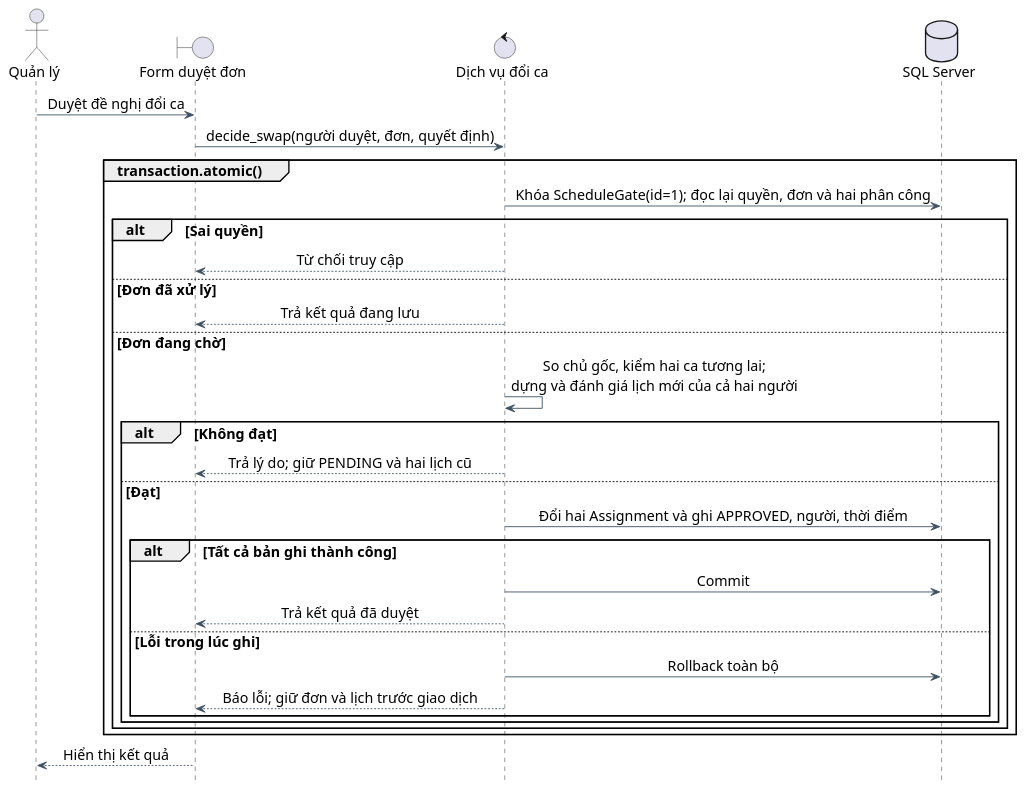
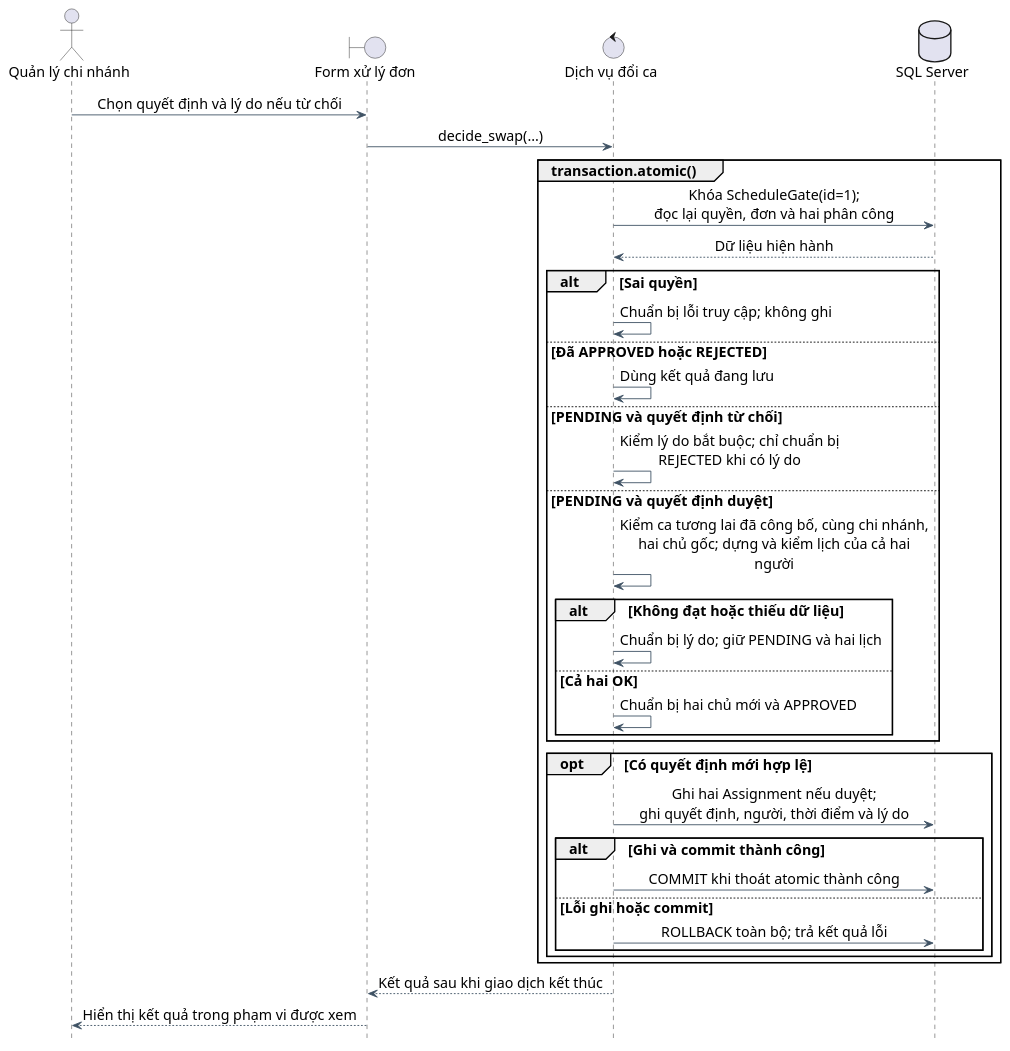
One commit to hn69969669/TTCN_DT05_HoSoNV-SXepCa changed the diagram in HO_SO_DT05/diagram_bao_cao/08_trinh_tu_duyet_doi.puml. Above: the diagram before and after it, drawn with PlantUML. The commit also changed 66 other files, not shown here.

```diff
--- a/HO_SO_DT05/diagram_bao_cao/08_trinh_tu_duyet_doi.puml
+++ b/HO_SO_DT05/diagram_bao_cao/08_trinh_tu_duyet_doi.puml
@@ -1,45 +1,54 @@
 @startuml
 skinparam backgroundColor white
 skinparam defaultFontName Arial
 skinparam defaultFontSize 16
 skinparam shadowing false
 skinparam ArrowColor #3F5264
 skinparam defaultTextAlignment center
 skinparam roundCorner 0
-skinparam monochrome false
 skinparam usecaseBackgroundColor #EFF5F8
 skinparam usecaseBorderColor #385B70
 skinparam rectangleBorderColor #385B70
 skinparam componentStyle rectangle
 skinparam classAttributeIconSize 0
+skinparam activityBackgroundColor #EFF5F8
+skinparam activityBorderColor #385B70
+skinparam stateBackgroundColor #EFF5F8
+skinparam stateBorderColor #385B70
 hide footbox
-actor "Quản lý" as QL
-boundary "Form duyệt đơn" as UI
+skinparam maxMessageSize 350
+actor "Quản lý chi nhánh" as QL
+boundary "Form xử lý đơn" as UI
 control "Dịch vụ đổi ca" as S
 database "SQL Server" as DB
-QL -> UI : Duyệt đề nghị đổi ca
-UI -> S : decide_swap(người duyệt, đơn, quyết định)
+QL -> UI : Chọn quyết định và lý do nếu từ chối
+UI -> S : decide_swap(...)
 group transaction.atomic()
-S -> DB : Khóa ScheduleGate(id=1); đọc lại quyền, đơn và hai phân công
-alt Sai quyền
- S --> UI : Từ chối truy cập
-else Đơn đã xử lý
- S --> UI : Trả kết quả đang lưu
-else Đơn đang chờ
- S -> S : So chủ gốc, kiểm hai ca tương lai;\ndựng và đánh giá lịch mới của cả hai người
- alt Không đạt
-  S --> UI : Trả lý do; giữ PENDING và hai lịch cũ
- else Đạt
-  S -> DB : Đổi hai Assignment và ghi APPROVED, người, thời điểm
-  alt Tất cả bản ghi thành công
-   S -> DB : Commit
-   S --> UI : Trả kết quả đã duyệt
-  else Lỗi trong lúc ghi
-   S -> DB : Rollback toàn bộ
-   S --> UI : Báo lỗi; giữ đơn và lịch trước giao dịch
+  S -> DB : Khóa ScheduleGate(id=1);\nđọc lại quyền, đơn và hai phân công
+  DB --> S : Dữ liệu hiện hành
+  alt Sai quyền
+    S -> S : Chuẩn bị lỗi truy cập; không ghi
+  else Đã APPROVED hoặc REJECTED
+    S -> S : Dùng kết quả đang lưu
+  else PENDING và quyết định từ chối
+    S -> S : Kiểm lý do bắt buộc; chỉ chuẩn bị\nREJECTED khi có lý do
+  else PENDING và quyết định duyệt
+    S -> S : Kiểm ca tương lai đã công bố, cùng chi nhánh,\nhai chủ gốc; dựng và kiểm lịch của cả hai người
+    alt Không đạt hoặc thiếu dữ liệu
+      S -> S : Chuẩn bị lý do; giữ PENDING và hai lịch
+    else Cả hai OK
+      S -> S : Chuẩn bị hai chủ mới và APPROVED
+    end
   end
- end
+  opt Có quyết định mới hợp lệ
+    S -> DB : Ghi hai Assignment nếu duyệt;\nghi quyết định, người, thời điểm và lý do
+    alt Ghi và commit thành công
+      S -> DB : COMMIT khi thoát atomic thành công
+    else Lỗi ghi hoặc commit
+      S -> DB : ROLLBACK toàn bộ; trả kết quả lỗi
+    end
+  end
 end
-end
-UI --> QL : Hiển thị kết quả
+S --> UI : Kết quả sau khi giao dịch kết thúc
+UI --> QL : Hiển thị kết quả trong phạm vi được xem
 @enduml
```
